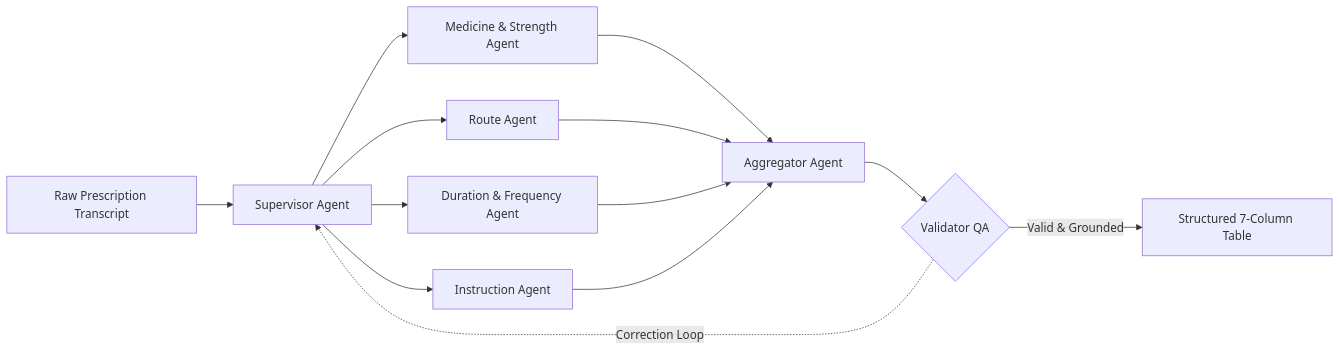
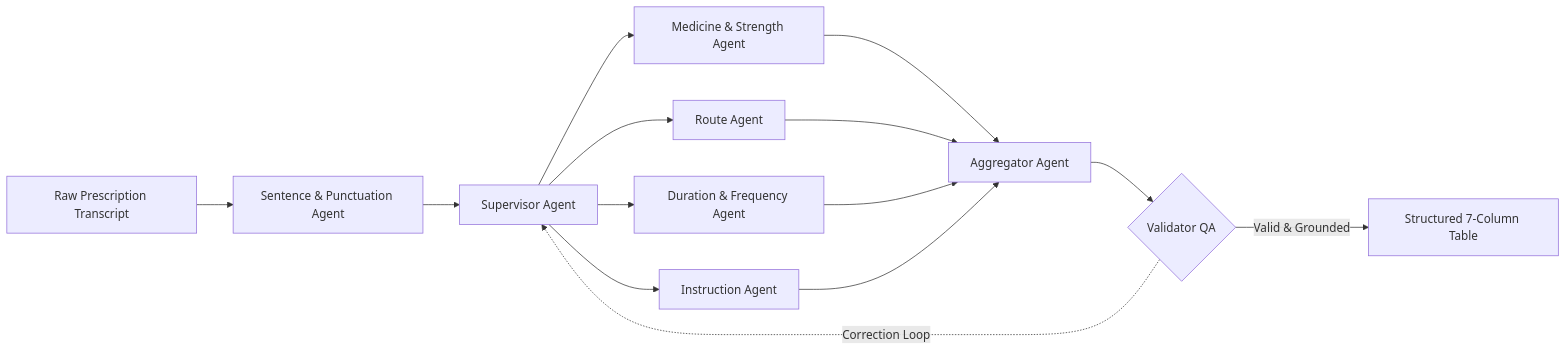
One commit to AbhinavEliac/Agentic_Prescription_Generator changed the second of 2 diagrams in README.md. Above: the diagram before and after it, drawn with Mermaid. The commit also changed other lines of this file and 19 other files, not shown here.

````diff
--- a/README.md
+++ b/README.md
@@ -42,19 +42,20 @@
 ```mermaid
 graph LR
-    Input["Raw Prescription Transcript"] --> Sup["Supervisor Agent"]
+    Input["Raw Prescription Transcript"] --> Punct["Sentence & Punctuation Agent"]
+    Punct --> Sup["Supervisor Agent"]
 
     Sup --> Ag1["Medicine & Strength Agent"]
     Sup --> Ag2["Route Agent"]
     Sup --> Ag3["Duration & Frequency Agent"]
     Sup --> Ag4["Instruction Agent"]
 
     Ag1 --> Agg["Aggregator Agent"]
     Ag2 --> Agg
     Ag3 --> Agg
     Ag4 --> Agg
 
     Agg --> Val{"Validator QA"}
     
     Val -->|"Valid & Grounded"| Out["Structured 7-Column Table"]
     Val -.->|"Correction Loop"| Sup
 ```
````
